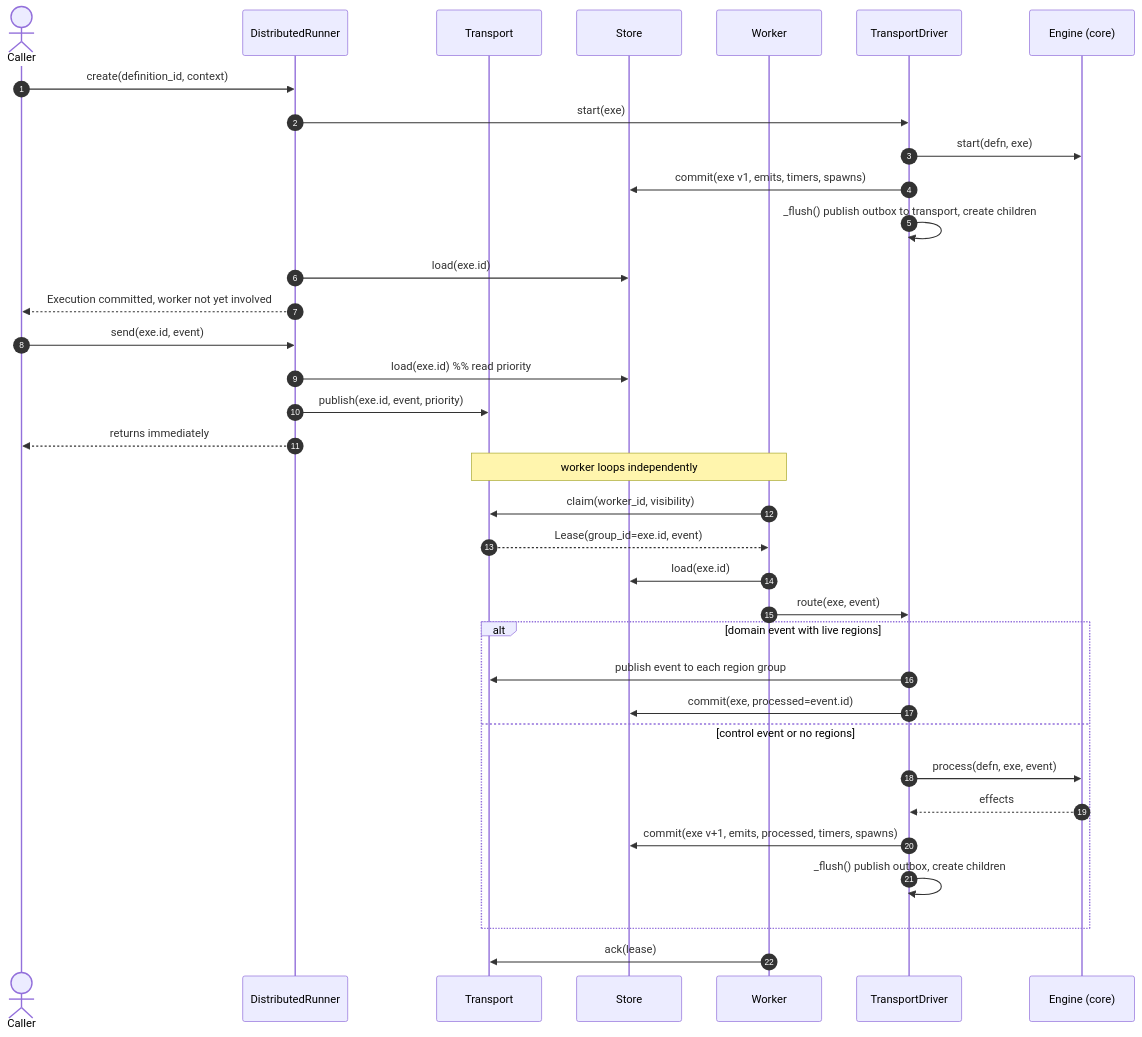
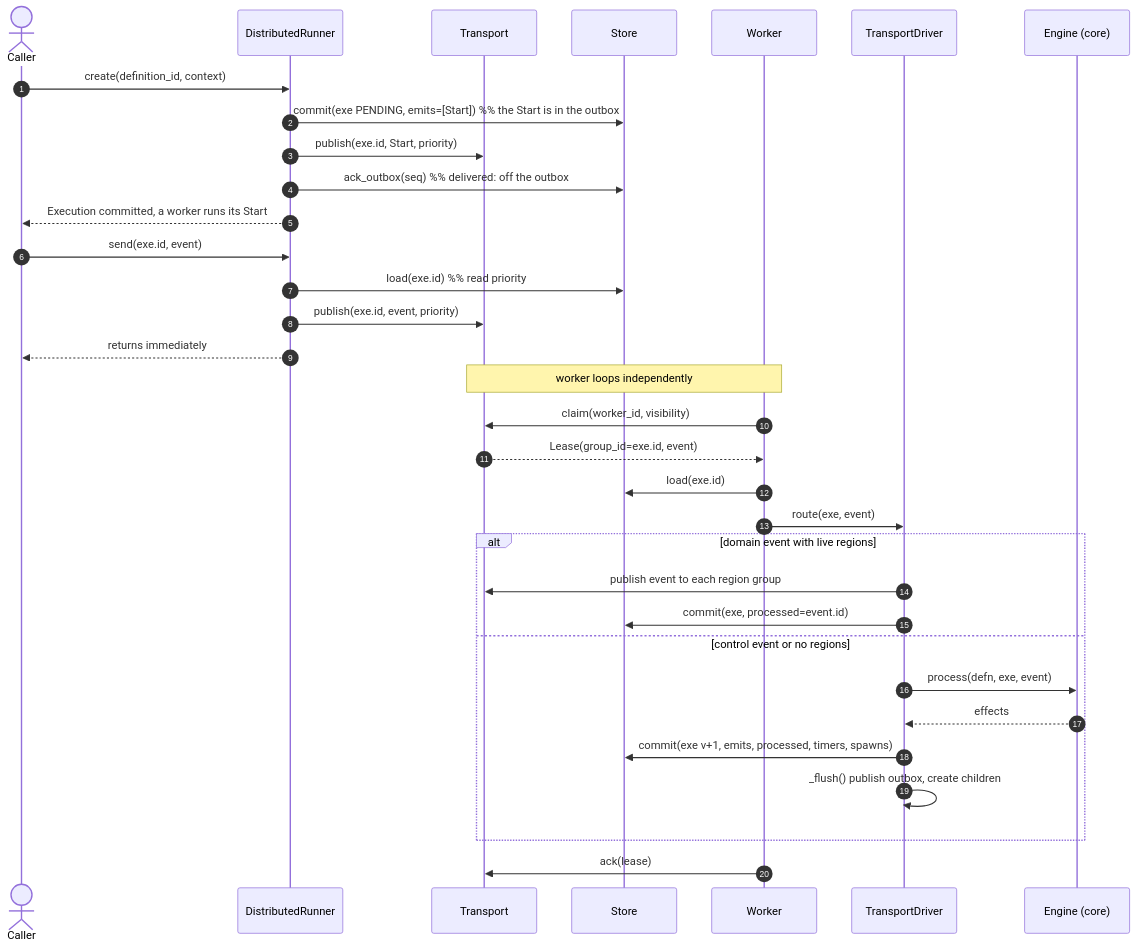
Before and after one commit to acasadom/harel: the fifth of 6 diagrams in docs/guide/architecture.md, drawn with Mermaid. The commit also changed 34 other files, not shown here.

First line of the commit message:
fix(distributed): ack the Start entry once it is published directly

````diff
--- a/docs/guide/architecture.md
+++ b/docs/guide/architecture.md
@@ -313,41 +313,39 @@
 ```{mermaid}
 sequenceDiagram
   autonumber
   actor C as Caller
   participant DR as DistributedRunner
   participant T as Transport
   participant S as Store
   participant W as Worker
   participant TD as TransportDriver
   participant E as Engine (core)
 
   C->>DR: create(definition_id, context)
-  DR->>TD: start(exe)
-  TD->>E: start(defn, exe)
-  TD->>S: commit(exe v1, emits, timers, spawns)
-  TD->>TD: _flush() publish outbox to transport, create children
-  DR->>S: load(exe.id)
-  DR-->>C: Execution committed, worker not yet involved
+  DR->>S: commit(exe PENDING, emits=[Start])   %% the Start is in the outbox
+  DR->>T: publish(exe.id, Start, priority)
+  DR->>S: ack_outbox(seq)   %% delivered: off the outbox
+  DR-->>C: Execution committed, a worker runs its Start
 
   C->>DR: send(exe.id, event)
   DR->>S: load(exe.id)   %% read priority
   DR->>T: publish(exe.id, event, priority)
   DR-->>C: returns immediately
 
   Note over W,T: worker loops independently
 
   W->>T: claim(worker_id, visibility)
   T-->>W: Lease(group_id=exe.id, event)
   W->>S: load(exe.id)
   W->>TD: route(exe, event)
   alt domain event with live regions
     TD->>T: publish event to each region group
     TD->>S: commit(exe, processed=event.id)
   else control event or no regions
     TD->>E: process(defn, exe, event)
     E-->>TD: effects
     TD->>S: commit(exe v+1, emits, processed, timers, spawns)
     TD->>TD: _flush() publish outbox, create children
   end
   W->>T: ack(lease)
 ```
````
